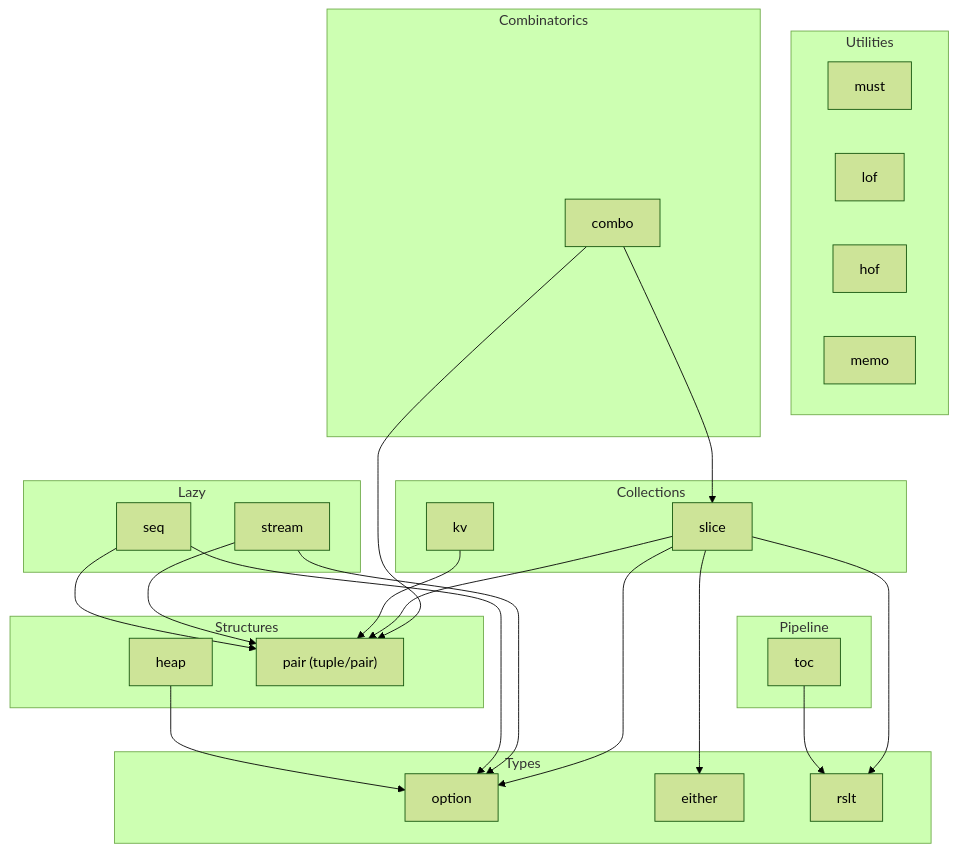
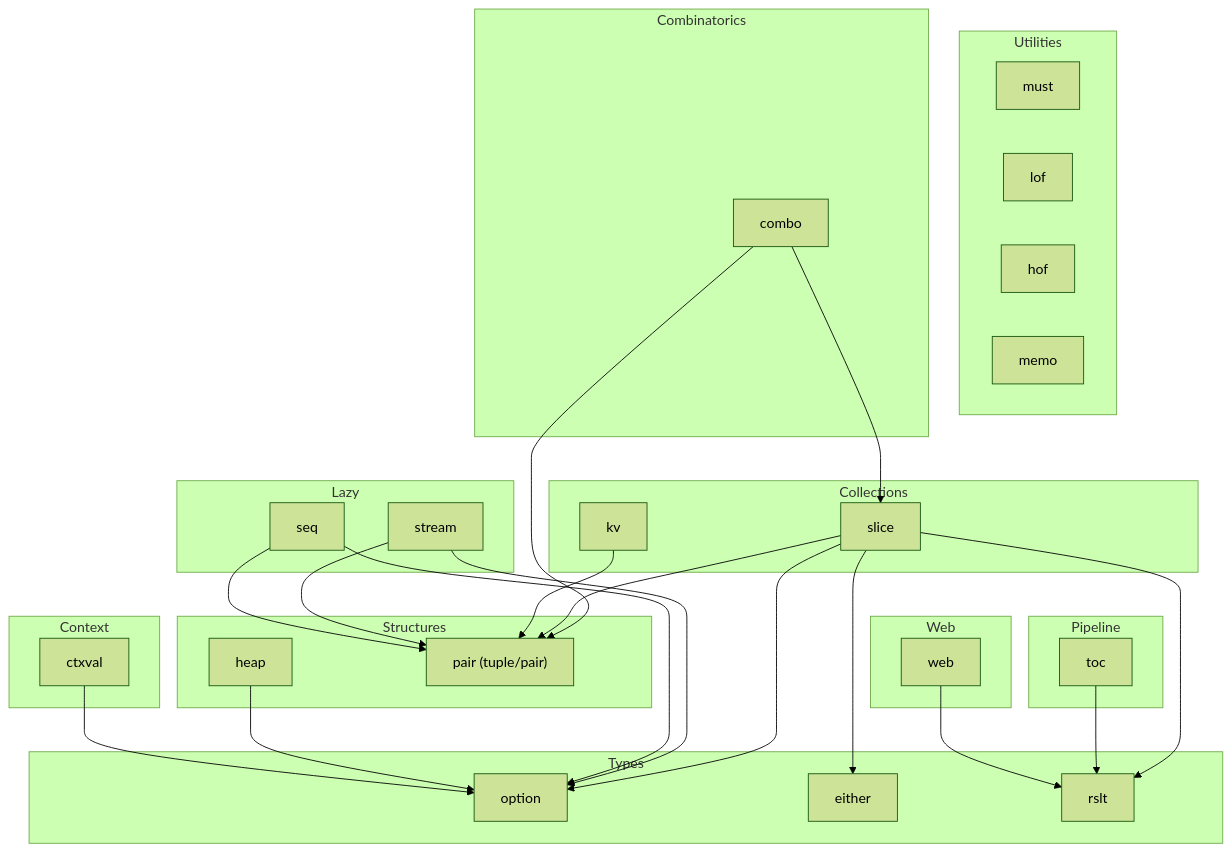
One commit to binaryphile/fluentfp changed the diagram in docs/design.md. Above: the diagram before and after it, drawn with Mermaid (forest theme). The commit also changed other lines of this file and 1 other file, not shown here.

Commit message:
docs: add ctxval, web to package tables; add capability map and highlights
README: update tagline to reflect full library scope (resilience, pipelines,
HTTP handlers). Add ctxval and web to packages table. Add Package Highlights
for hof (resilience decorators), web (typed handlers), ctxval (typed context).
Add 25-row Capability Map ("if you need X, use Y"). Reorder table by concern.
Trim toc row. Update hof description to show resilience primitives.

design.md: add ctxval and web to mermaid diagram and package role table.
Add dependency edges (ctxval→option, web→rslt). Update hof role description
to mention circuit breaker.

````diff
--- a/docs/design.md
+++ b/docs/design.md
@@ -7,46 +7,54 @@
 ```mermaid
 flowchart TD
     subgraph Utilities
         must
         lof
         hof
         memo
     end
     subgraph Combinatorics
         combo
     end
     subgraph Collections
         slice
         kv
     end
     subgraph Lazy
         stream
         seq
     end
     subgraph Structures
         heap
         pair["pair (tuple/pair)"]
     end
     subgraph Types
         option
         either
         rslt
     end
     subgraph Pipeline
         toc
     end
+    subgraph Context
+        ctxval
+    end
+    subgraph Web
+        web
+    end
 
     combo --> slice
     combo --> pair
     slice --> option
     slice --> either
     slice --> rslt
     slice --> pair
     kv --> pair
     stream --> option
     stream --> pair
     seq --> option
     seq --> pair
     heap --> option
     toc --> rslt
+    ctxval --> option
+    web --> rslt
 ```
````
